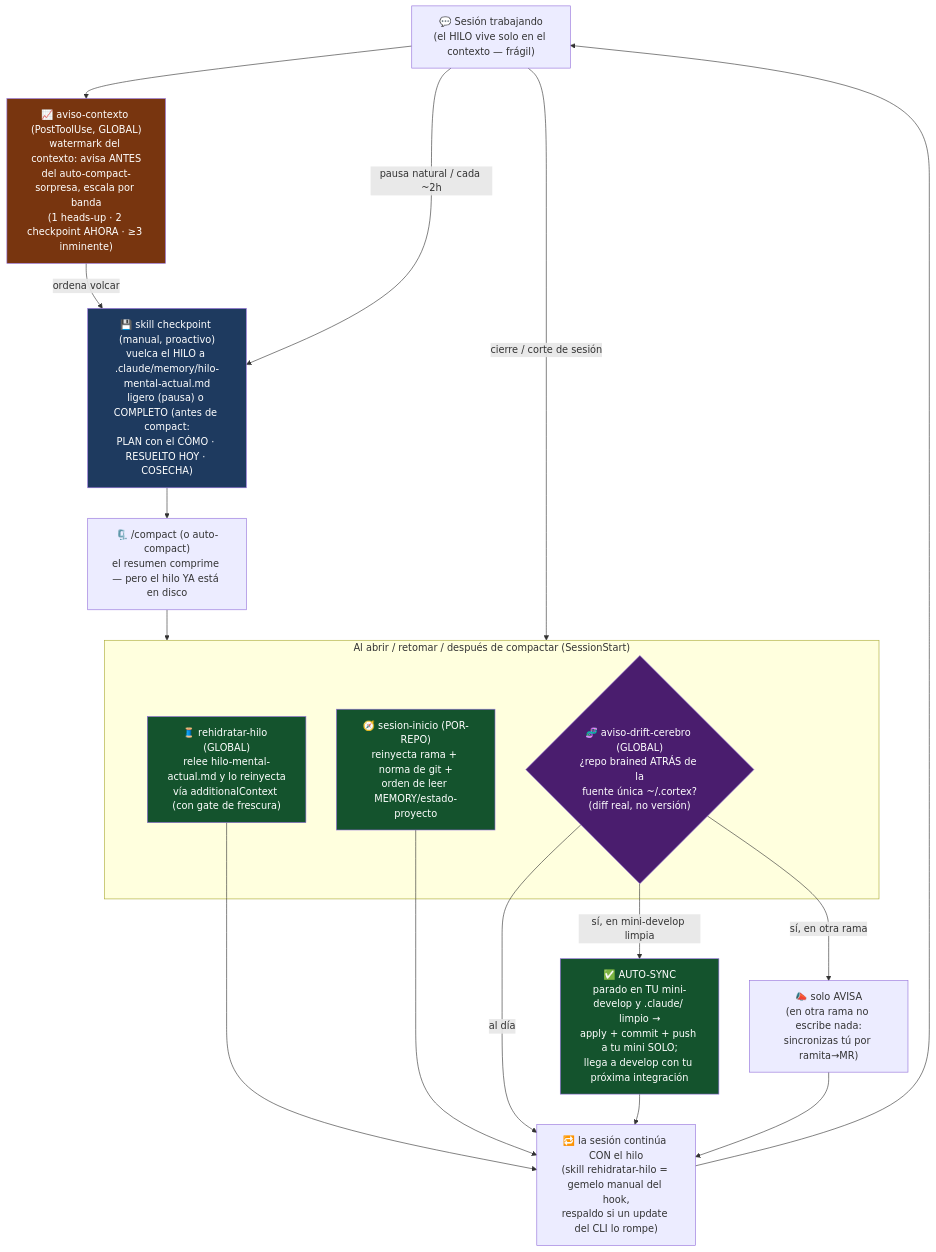
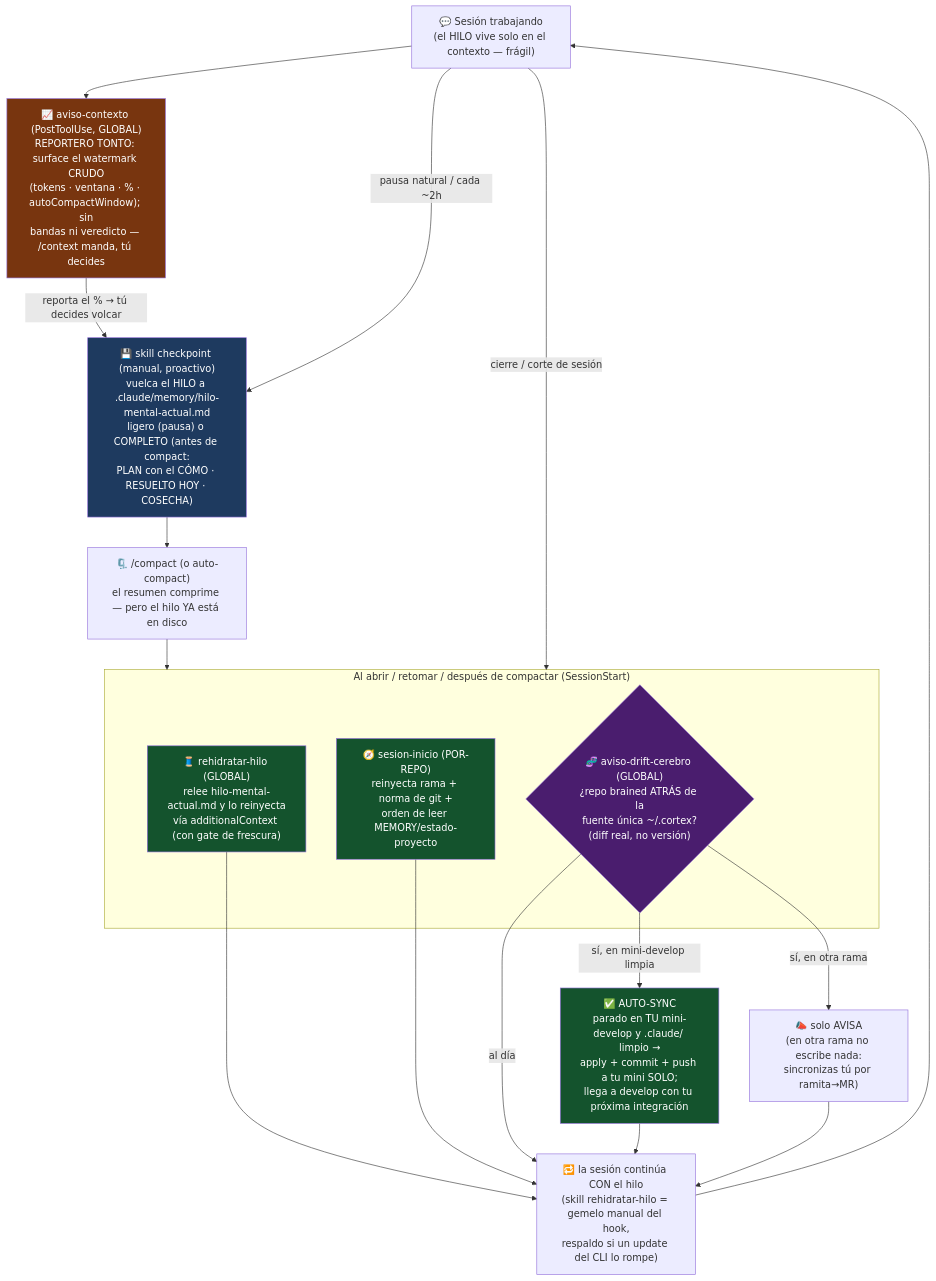
One commit to unjordi/cortex changed the second of 4 diagrams in docs/mapa-cerebro.md. Above: the diagram before and after it, drawn with Mermaid. The commit also changed 32 other files, not shown here.

First line of the commit message:
fix(aviso-contexto): matar FP de staleness post-compact + des-veredictar el cierre

````diff
--- a/docs/mapa-cerebro.md
+++ b/docs/mapa-cerebro.md
@@ -86,39 +86,39 @@
 ```mermaid
 flowchart TB
     TRABAJO["💬 Sesión trabajando<br/>(el HILO vive solo en el contexto — frágil)"]
-    AC["📈 aviso-contexto (PostToolUse, GLOBAL)<br/>watermark del contexto: avisa ANTES<br/>del auto-compact-sorpresa, escala por banda<br/>(1 heads-up · 2 checkpoint AHORA · ≥3 inminente)"]
+    AC["📈 aviso-contexto (PostToolUse, GLOBAL)<br/>REPORTERO TONTO: surface el watermark CRUDO<br/>(tokens · ventana · % · autoCompactWindow); sin<br/>bandas ni veredicto — /context manda, tú decides"]
     CP["💾 skill checkpoint (manual, proactivo)<br/>vuelca el HILO a .claude/memory/hilo-mental-actual.md<br/>ligero (pausa) o COMPLETO (antes de compact:<br/>PLAN con el CÓMO · RESUELTO HOY · COSECHA)"]
     COMPACT["🗜️ /compact (o auto-compact)<br/>el resumen comprime — pero el hilo YA está en disco"]
 
     subgraph retomar["Al abrir / retomar / después de compactar (SessionStart)"]
         RH["🧵 rehidratar-hilo (GLOBAL)<br/>relee hilo-mental-actual.md y lo reinyecta<br/>vía additionalContext (con gate de frescura)"]
         SI["🧭 sesion-inicio (POR-REPO)<br/>reinyecta rama + norma de git +<br/>orden de leer MEMORY/estado-proyecto"]
         DRIFT{"🧬 aviso-drift-cerebro (GLOBAL)<br/>¿repo brained ATRÁS de la<br/>fuente única ~/.cortex?<br/>(diff real, no versión)"}
     end
 
     SYNC["✅ AUTO-SYNC<br/>parado en TU mini-develop y .claude/ limpio →<br/>apply + commit + push a tu mini SOLO;<br/>llega a develop con tu próxima integración"]
     AVISA["📣 solo AVISA<br/>(en otra rama no escribe nada:<br/>sincronizas tú por ramita→MR)"]
     SIGUE["🔁 la sesión continúa CON el hilo<br/>(skill rehidratar-hilo = gemelo manual del hook,<br/>respaldo si un update del CLI lo rompe)"]
 
     TRABAJO --> AC
-    AC -->|"ordena volcar"| CP
+    AC -->|"reporta el % → tú decides volcar"| CP
     TRABAJO -->|"pausa natural / cada ~2h"| CP
     CP --> COMPACT
     COMPACT --> retomar
     TRABAJO -->|"cierre / corte de sesión"| retomar
     RH --> SIGUE
     SI --> SIGUE
     DRIFT -->|"sí, en mini-develop limpia"| SYNC
     DRIFT -->|"sí, en otra rama"| AVISA
     DRIFT -->|"al día"| SIGUE
     SYNC --> SIGUE
     AVISA --> SIGUE
     SIGUE --> TRABAJO
 
     style CP fill:#1e3a5f,color:#fff
     style RH fill:#14532d,color:#fff
     style SI fill:#14532d,color:#fff
     style AC fill:#78350f,color:#fff
     style DRIFT fill:#4a1d6e,color:#fff
     style SYNC fill:#14532d,color:#fff
 ```
````
